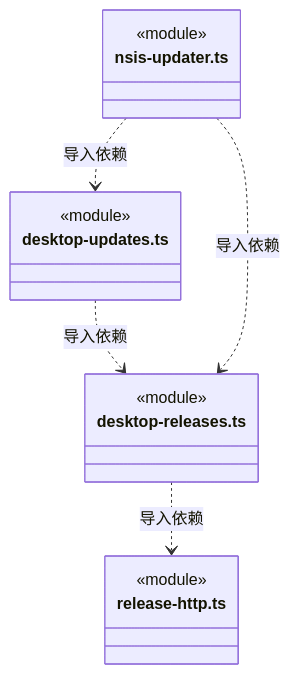
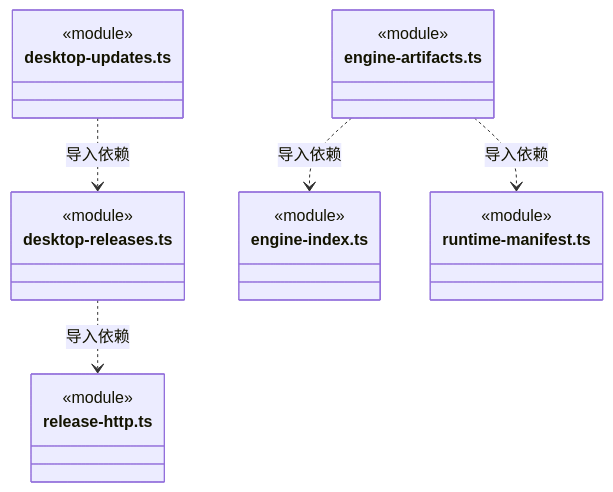
Before and after one commit to nan023062/cbim: diagram 22 of 27 in src/logic/updates/service/ARCHITECTURE.md, drawn with Mermaid. The commit also changed other lines of this file and 52 other files, not shown here.

````diff
--- a/src/logic/updates/service/ARCHITECTURE.md
+++ b/src/logic/updates/service/ARCHITECTURE.md
@@ -401,19 +483,25 @@
 ```mermaid
 classDiagram
 class N_src_logic_updates_service_desktop_releases_ts["desktop-releases.ts"] {
   <<module>>
 }
 class N_src_logic_updates_service_release_http_ts["release-http.ts"] {
   <<module>>
 }
 class N_src_logic_updates_service_desktop_updates_ts["desktop-updates.ts"] {
   <<module>>
 }
-class N_src_logic_updates_service_nsis_updater_ts["nsis-updater.ts"] {
+class N_src_logic_updates_service_engine_artifacts_ts["engine-artifacts.ts"] {
+  <<module>>
+}
+class N_src_logic_updates_service_engine_index_ts["engine-index.ts"] {
+  <<module>>
+}
+class N_src_logic_updates_service_runtime_manifest_ts["runtime-manifest.ts"] {
   <<module>>
 }
 N_src_logic_updates_service_desktop_releases_ts ..> N_src_logic_updates_service_release_http_ts : 导入依赖
 N_src_logic_updates_service_desktop_updates_ts ..> N_src_logic_updates_service_desktop_releases_ts : 导入依赖
-N_src_logic_updates_service_nsis_updater_ts ..> N_src_logic_updates_service_desktop_updates_ts : 导入依赖
-N_src_logic_updates_service_nsis_updater_ts ..> N_src_logic_updates_service_desktop_releases_ts : 导入依赖
+N_src_logic_updates_service_engine_artifacts_ts ..> N_src_logic_updates_service_engine_index_ts : 导入依赖
+N_src_logic_updates_service_engine_artifacts_ts ..> N_src_logic_updates_service_runtime_manifest_ts : 导入依赖
 ```
````
